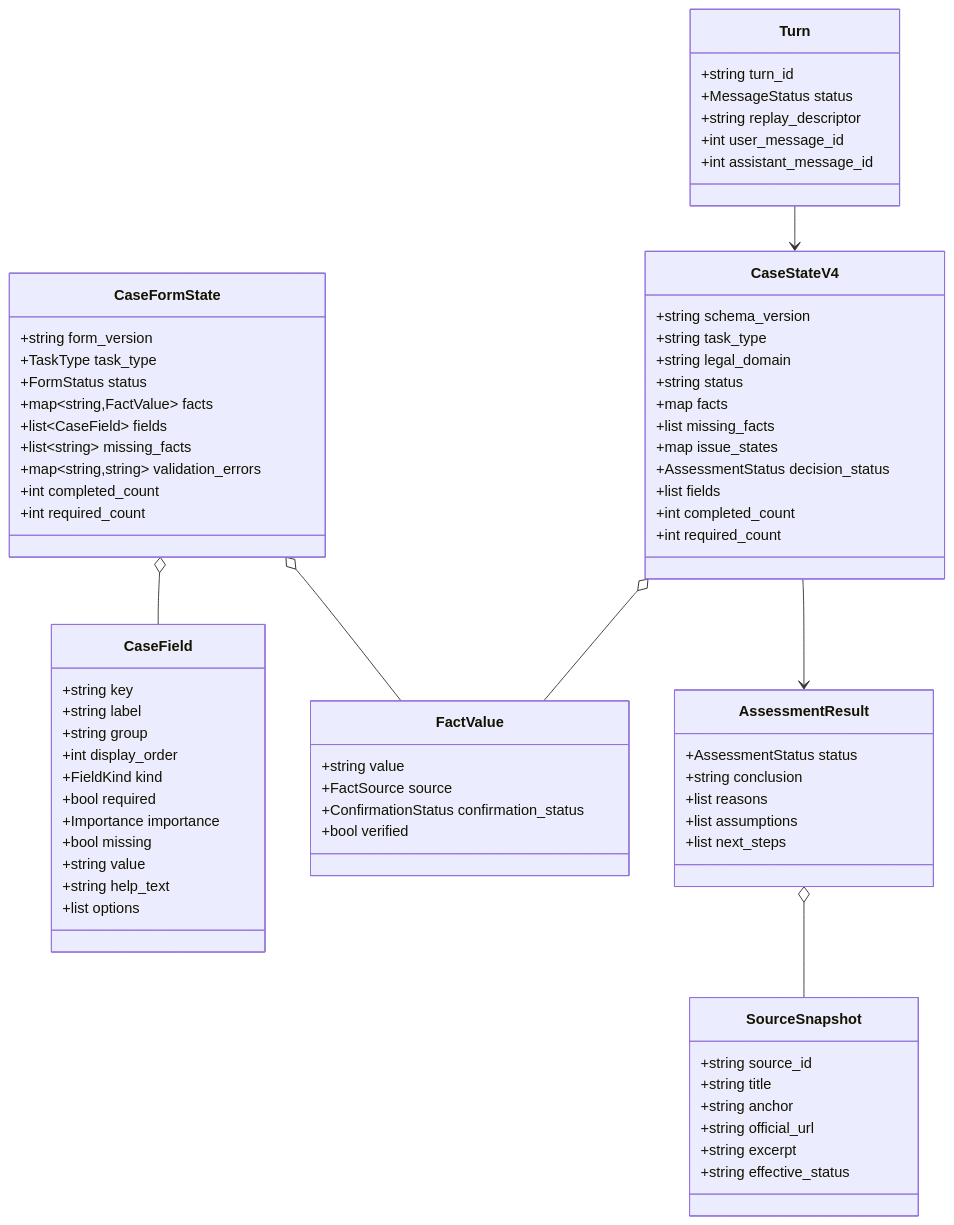
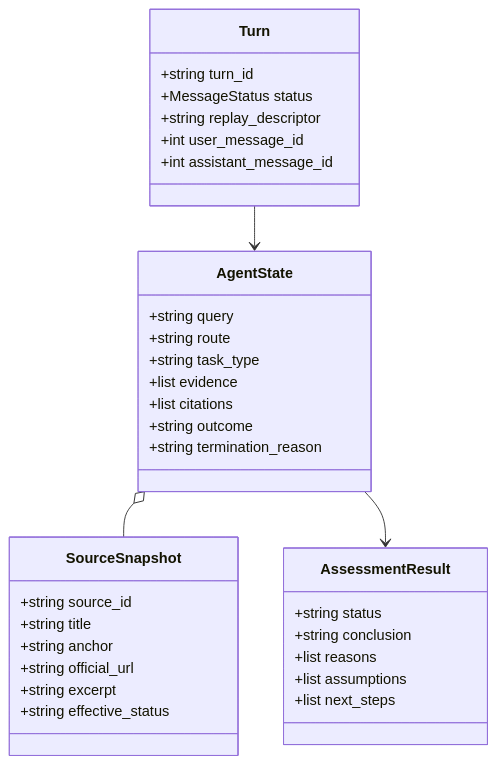
One commit to taitran501/vietnam-legal-agent changed the diagram in docs/architecture/domain-model.md. Above: the diagram before and after it, drawn with Mermaid. The commit also changed other lines of this file and 379 other files, not shown here.

First line of the commit message:
Migrate to a general Vietnamese legal agent (#64)

````diff
--- a/docs/architecture/domain-model.md
+++ b/docs/architecture/domain-model.md
@@ -5,75 +10,37 @@
 ```mermaid
 classDiagram
-    class CaseFormState {
-        +string form_version
-        +TaskType task_type
-        +FormStatus status
-        +map~string,FactValue~ facts
-        +list~CaseField~ fields
-        +list~string~ missing_facts
-        +map~string,string~ validation_errors
-        +int completed_count
-        +int required_count
+    class Turn {
+        +string turn_id
+        +MessageStatus status
+        +string replay_descriptor
+        +int user_message_id
+        +int assistant_message_id
     }
-    class CaseField {
-        +string key
-        +string label
-        +string group
-        +int display_order
-        +FieldKind kind
-        +bool required
-        +Importance importance
-        +bool missing
-        +string value
-        +string help_text
-        +list options
-    }
-    class FactValue {
-        +string value
-        +FactSource source
-        +ConfirmationStatus confirmation_status
-        +bool verified
-    }
-    class CaseStateV4 {
-        +string schema_version
+    class AgentState {
+        +string query
+        +string route
         +string task_type
-        +string legal_domain
-        +string status
-        +map facts
-        +list missing_facts
-        +map issue_states
-        +AssessmentStatus decision_status
-        +list fields
-        +int completed_count
-        +int required_count
-    }
-    class AssessmentResult {
-        +AssessmentStatus status
-        +string conclusion
-        +list reasons
-        +list assumptions
-        +list next_steps
+        +list evidence
+        +list citations
+        +string outcome
+        +string termination_reason
     }
     class SourceSnapshot {
         +string source_id
         +string title
         +string anchor
         +string official_url
         +string excerpt
         +string effective_status
     }
-    class Turn {
-        +string turn_id
-        +MessageStatus status
-        +string replay_descriptor
-        +int user_message_id
-        +int assistant_message_id
+    class AssessmentResult {
+        +string status
+        +string conclusion
+        +list reasons
+        +list assumptions
+        +list next_steps
     }
-
-    CaseFormState o-- CaseField
-    CaseFormState o-- FactValue
-    CaseStateV4 o-- FactValue
-    CaseStateV4 --> AssessmentResult
-    AssessmentResult o-- SourceSnapshot
-    Turn --> CaseStateV4
+    Turn --> AgentState
+    AgentState o-- SourceSnapshot
+    AgentState --> AssessmentResult
 ```
````
